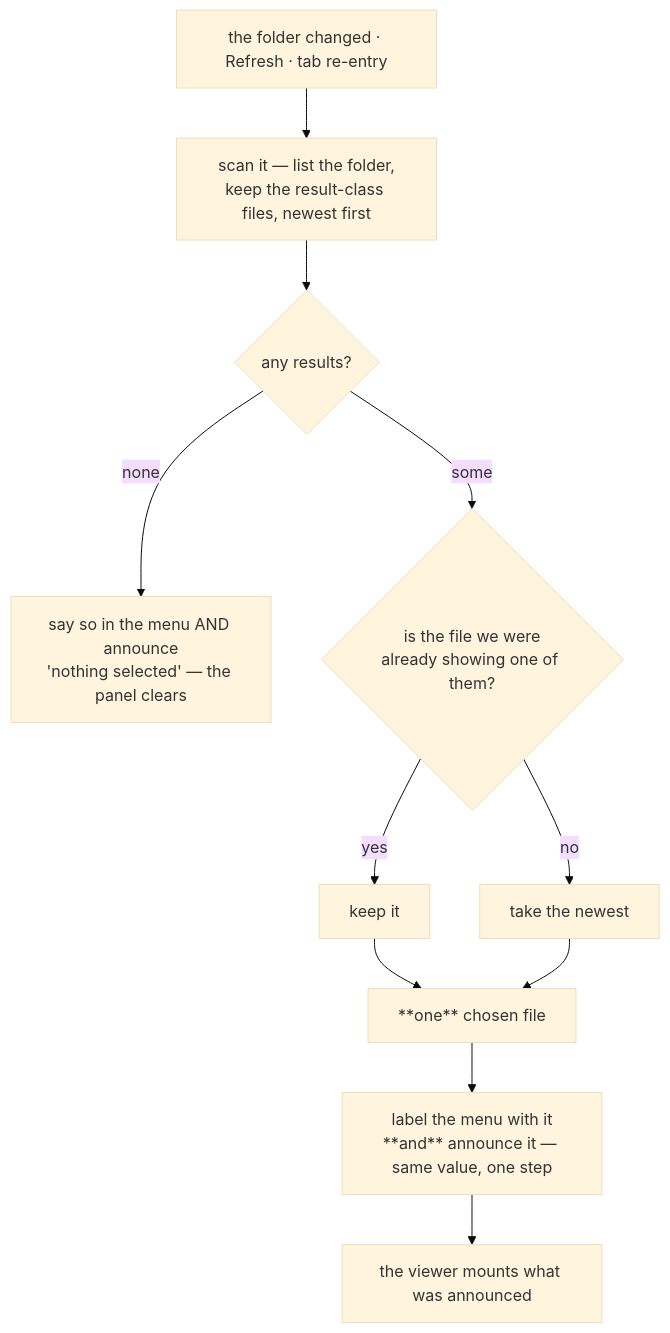
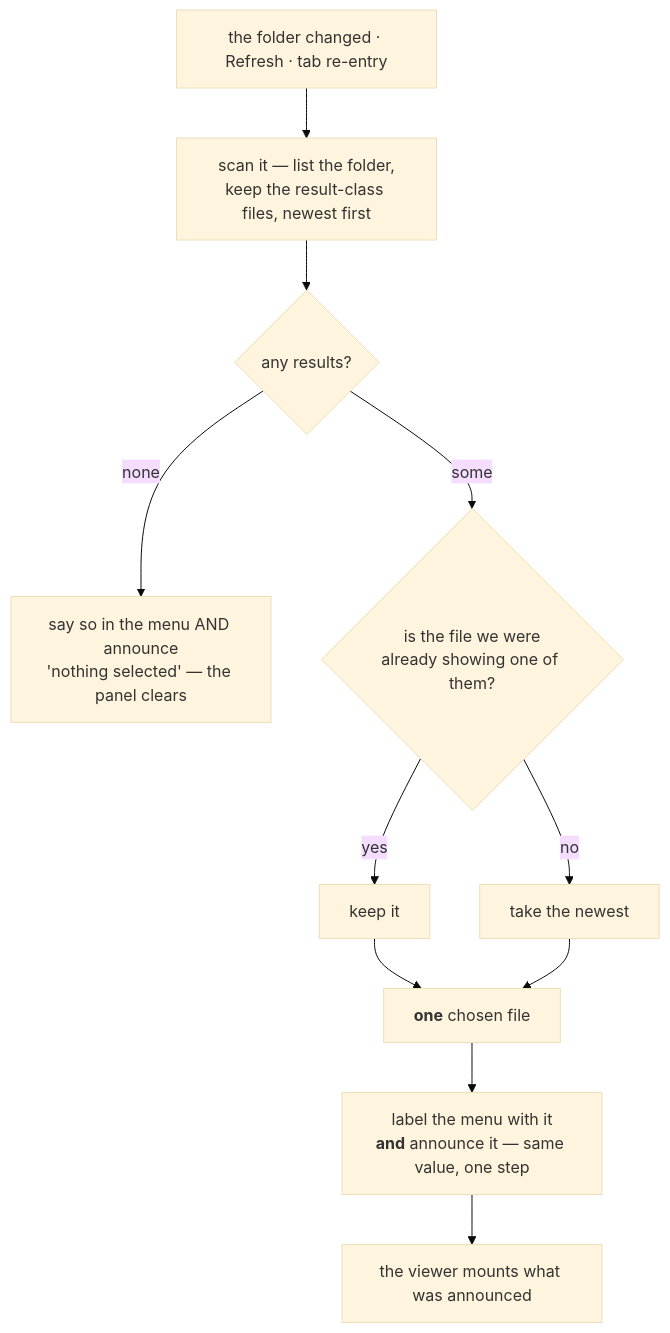
The second of 3 diagrams in docs/web/results.md (Qing-LAB/molbuilder), drawn with Mermaid (base theme) before and after one commit.

````diff
--- a/docs/web/results.md
+++ b/docs/web/results.md
@@ -87,17 +87,13 @@
 ```mermaid
 flowchart TD
-  T["the folder changed · Refresh · tab re-entry"] --> S["scan it — list the folder,
-keep the result-class files, newest first"]
+  T["the folder changed · Refresh · tab re-entry"] --> S["scan it — list the folder,<br/>keep the result-class files, newest first"]
   S --> E{"any results?"}
-  E -->|"none"| N["say so in the menu AND announce
-'nothing selected' — the panel clears"]
-  E -->|"some"| K{"is the file we were
-already showing one of them?"}
+  E -->|"none"| N["say so in the menu AND announce<br/>'nothing selected' — the panel clears"]
+  E -->|"some"| K{"is the file we were<br/>already showing one of them?"}
   K -->|"yes"| KEEP["keep it"]
   K -->|"no"| NEW["take the newest"]
-  KEEP --> ONE["**one** chosen file"]
+  KEEP --> ONE["<b>one</b> chosen file"]
   NEW --> ONE
-  ONE --> A["label the menu with it
-**and** announce it — same value, one step"]
+  ONE --> A["label the menu with it<br/><b>and</b> announce it — same value, one step"]
   A --> M["the viewer mounts what was announced"]
 ```
````
